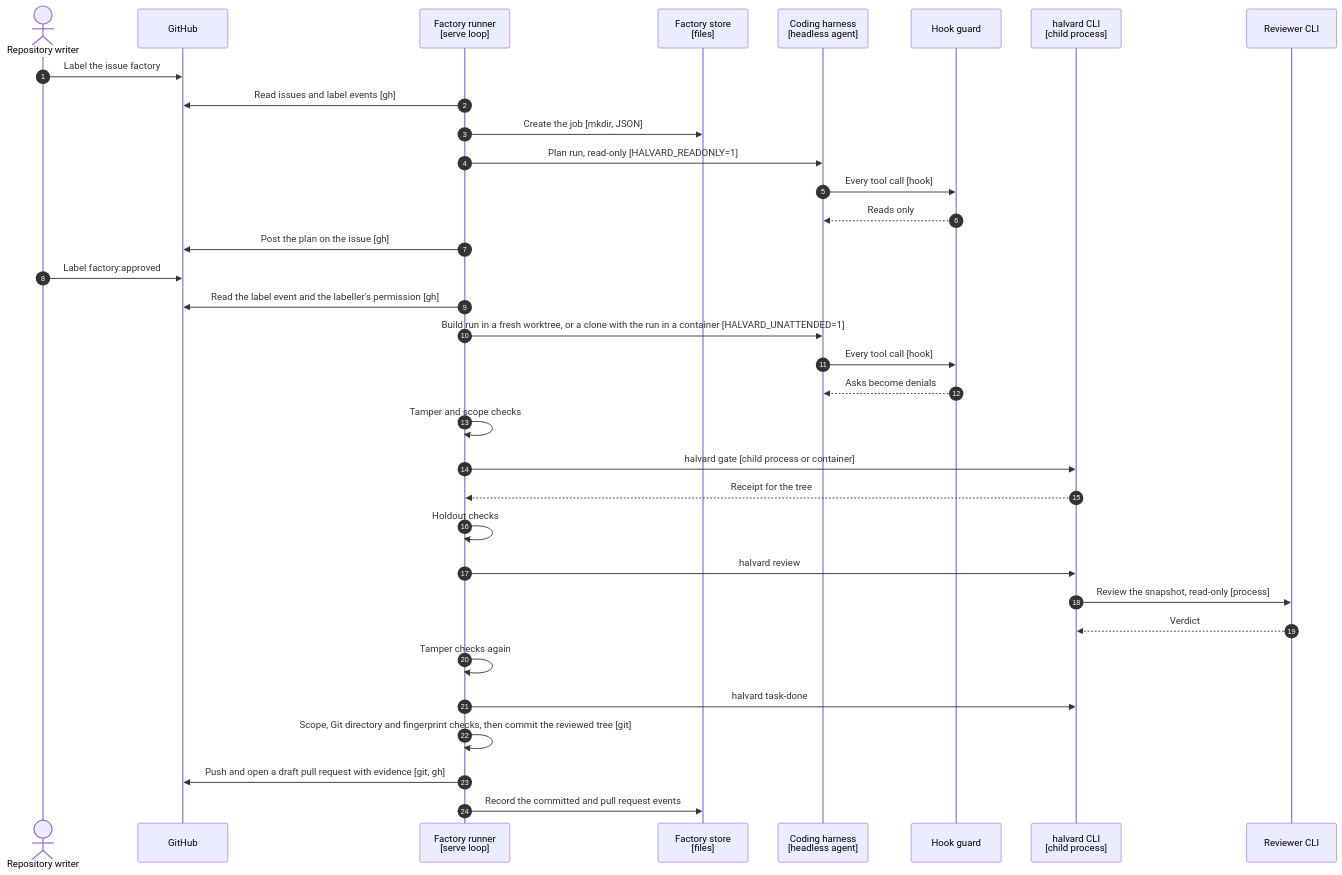
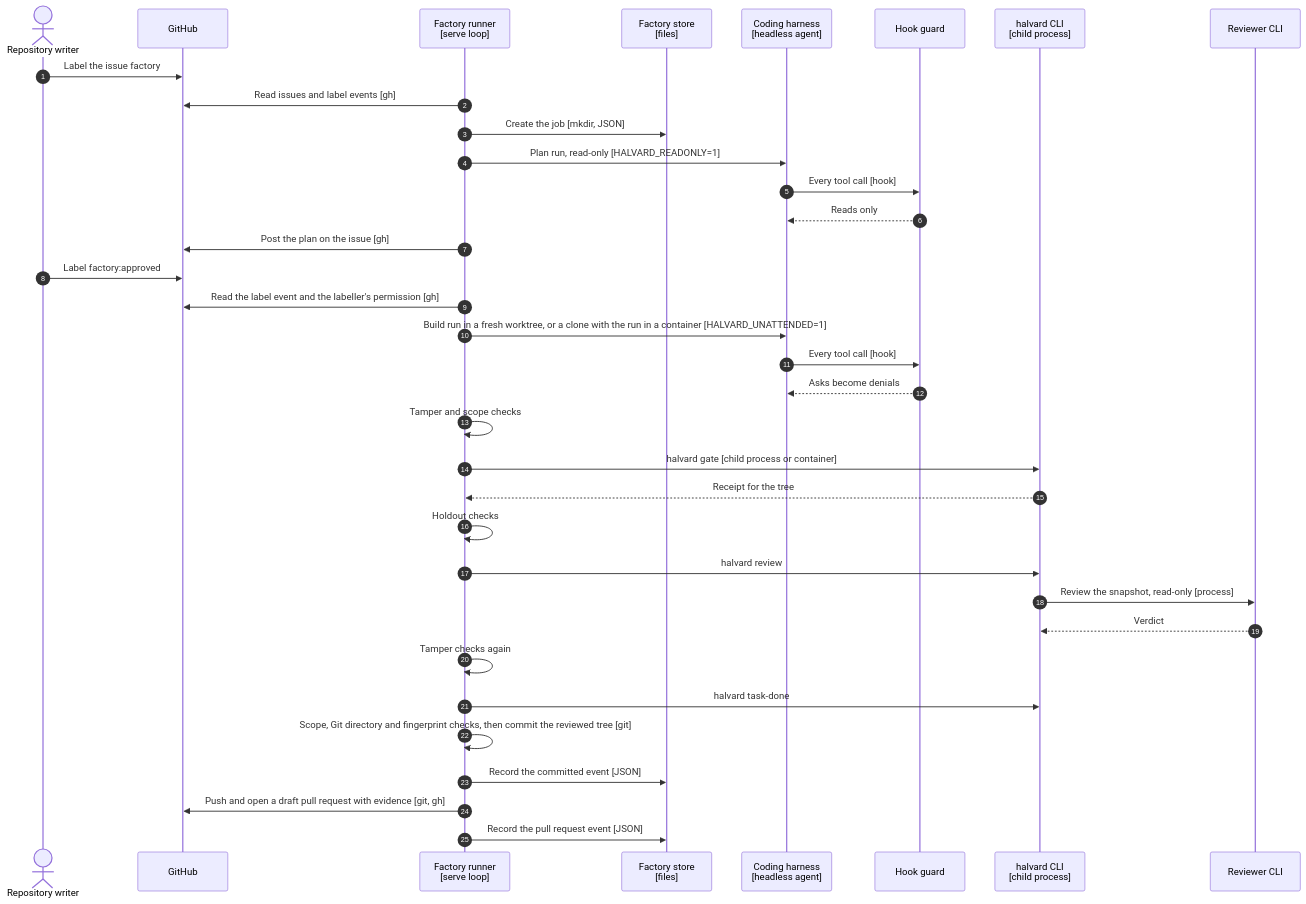
One commit to ghulando/halvard changed the sixth of 7 diagrams in docs/architecture.md. Above: the diagram before and after it, drawn with Mermaid. The commit also changed other lines of this file, not shown here.

````diff
--- a/docs/architecture.md
+++ b/docs/architecture.md
@@ -269,37 +269,38 @@
 ```mermaid
 sequenceDiagram
     autonumber
     actor W as Repository writer
     participant GH as GitHub
     participant S as Factory runner<br/>[serve loop]
     participant J as Factory store<br/>[files]
     participant A as Coding harness<br/>[headless agent]
     participant G as Hook guard
     participant C as halvard CLI<br/>[child process]
     participant R as Reviewer CLI
 
     W->>GH: Label the issue factory
     S->>GH: Read issues and label events [gh]
     S->>J: Create the job [mkdir, JSON]
     S->>A: Plan run, read-only [HALVARD_READONLY=1]
     A->>G: Every tool call [hook]
     G-->>A: Reads only
     S->>GH: Post the plan on the issue [gh]
     W->>GH: Label factory:approved
     S->>GH: Read the label event and the labeller's permission [gh]
     S->>A: Build run in a fresh worktree, or a clone with the run in a container [HALVARD_UNATTENDED=1]
     A->>G: Every tool call [hook]
     G-->>A: Asks become denials
     S->>S: Tamper and scope checks
     S->>C: halvard gate [child process or container]
     C-->>S: Receipt for the tree
     S->>S: Holdout checks
     S->>C: halvard review
     C->>R: Review the snapshot, read-only [process]
     R-->>C: Verdict
     S->>S: Tamper checks again
     S->>C: halvard task-done
     S->>S: Scope, Git directory and fingerprint checks, then commit the reviewed tree [git]
+    S->>J: Record the committed event [JSON]
     S->>GH: Push and open a draft pull request with evidence [git, gh]
-    S->>J: Record the committed and pull request events
+    S->>J: Record the pull request event [JSON]
 ```
````
